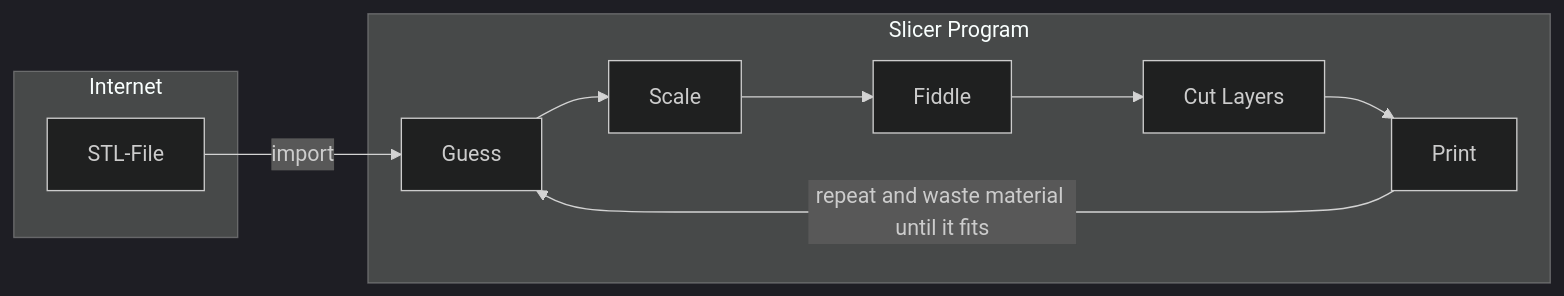
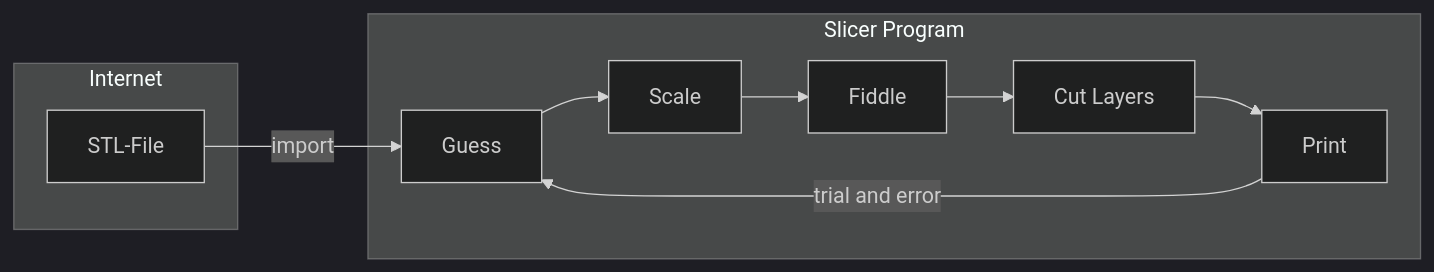
Before and after one commit to yasuoiwakura/3d-openscad-printables: the first of 2 diagrams in README.md, drawn with Mermaid (dark theme).

````diff
--- a/README.md
+++ b/README.md
@@ -20,11 +20,11 @@
 ```mermaid
 flowchart LR
 subgraph Internet[Internet]
   L[STL-File]
 end
 
 subgraph I[Slicer Program]
    L -- import --> G[Guess] --> SCALE[Scale] --> Fiddle[Fiddle] --> CUT[Cut Layers] --> PRINT[Print]
 end
-   PRINT -- repeat and waste material until it fits --> G
+   PRINT -- trial and error --> G
 ```
````
